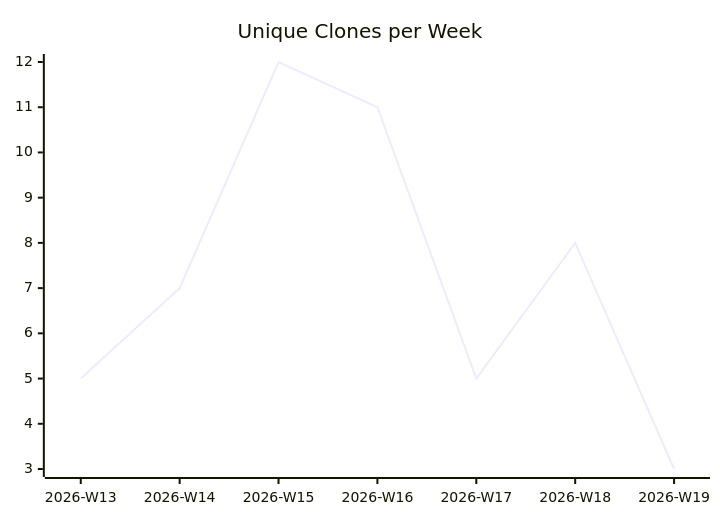
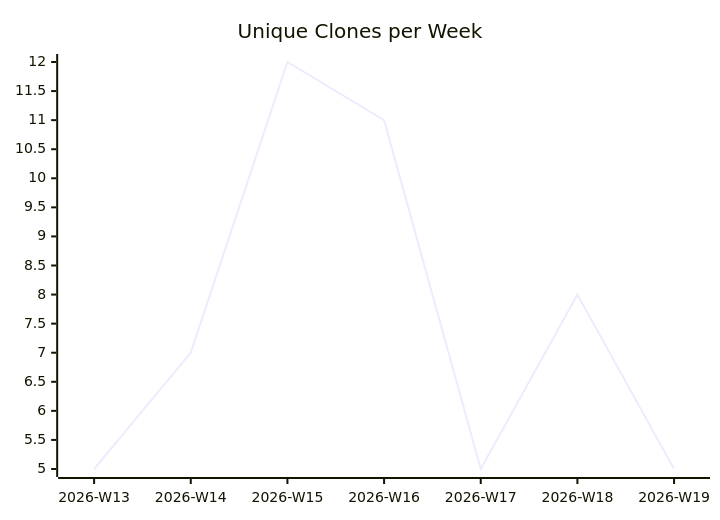
The third of 3 diagrams in karlmdavis/fhir-benchmarks/README.md (justdavis-family/github-analytics-data), drawn with Mermaid before and after one commit. The commit also changed other lines of this file and 177 other files, not shown here.

````diff
--- a/karlmdavis/fhir-benchmarks/README.md
+++ b/karlmdavis/fhir-benchmarks/README.md
@@ -19,6 +19,6 @@
 ```mermaid
 xychart-beta
   title "Unique Clones per Week"
   x-axis ["2026-W13", "2026-W14", "2026-W15", "2026-W16", "2026-W17", "2026-W18", "2026-W19"]
-  line [5, 7, 12, 11, 5, 8, 3]
+  line [5, 7, 12, 11, 5, 8, 5]
 ```
````
